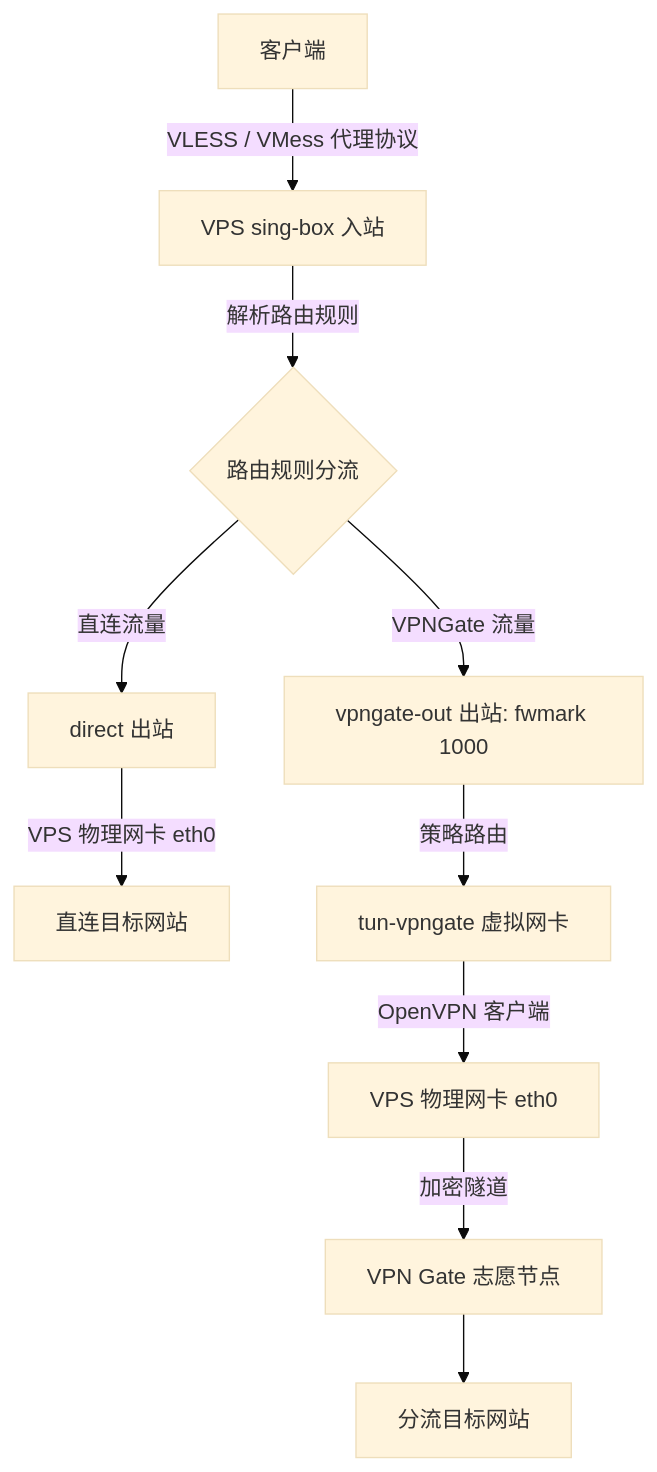
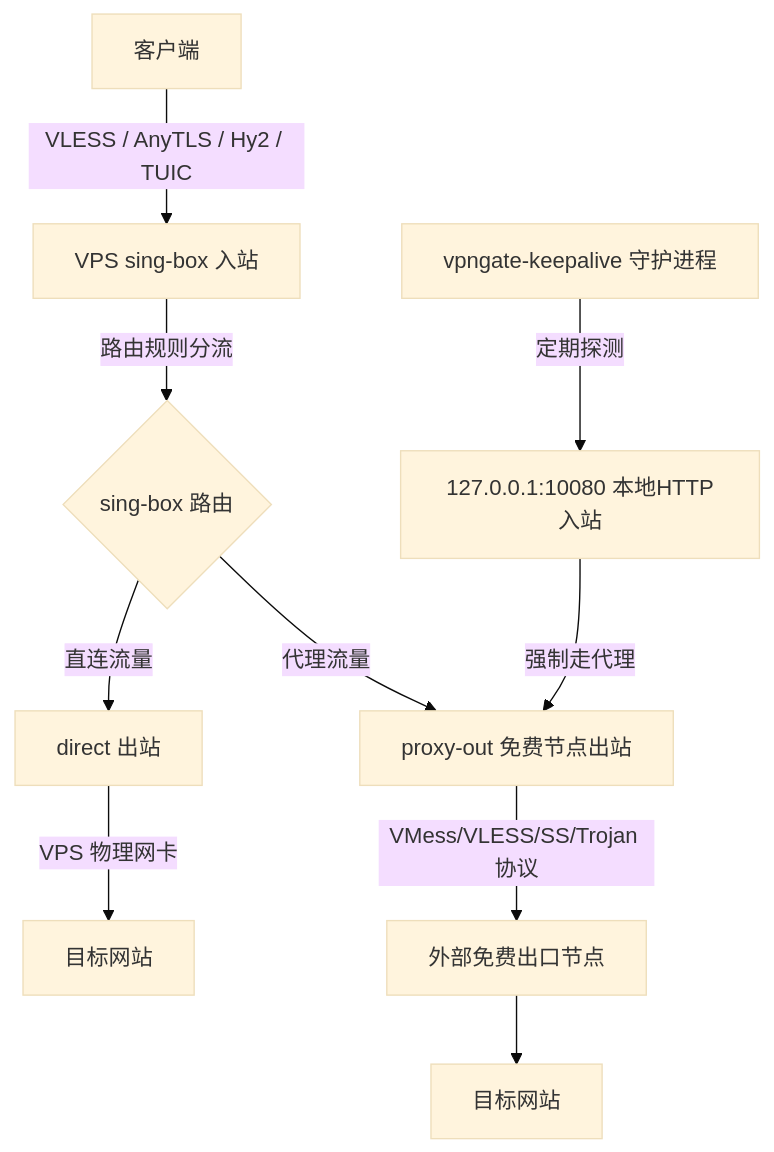
The diagram in README.md (hxzlplp7/sb-vpngate), drawn with Mermaid (base theme) before and after one commit. The commit also changed other lines of this file, not shown here.

````diff
--- a/README.md
+++ b/README.md
@@ -9,10 +11,11 @@
 ```mermaid
 graph TD
-    Client[客户端] -->|VLESS / VMess 代理协议| VPS_In[VPS sing-box 入站]
-    VPS_In -->|解析路由规则| Route{路由规则分流}
-    Route -->|直连流量| Direct[direct 出站] -->|VPS 物理网卡 eth0| Net_Direct[直连目标网站]
-    Route -->|VPNGate 流量| VPNGate_Out[vpngate-out 出站: fwmark 1000]
-    VPNGate_Out -->|策略路由| tun_vg[tun-vpngate 虚拟网卡]
-    tun_vg -->|OpenVPN 客户端| eth0_vpn[VPS 物理网卡 eth0] -->|加密隧道| VG_Server[VPN Gate 志愿节点]
-    VG_Server --> Net_VPN[分流目标网站]
+    Client[客户端] -->|VLESS / AnyTLS / Hy2 / TUIC| VPS_In[VPS sing-box 入站]
+    VPS_In -->|路由规则分流| Route{sing-box 路由}
+    Route -->|直连流量| Direct[direct 出站] -->|VPS 物理网卡| Net_Direct[目标网站]
+    Route -->|代理流量| Proxy_Out[proxy-out 免费节点出站]
+    Proxy_Out -->|VMess/VLESS/SS/Trojan 协议| Remote_Node[外部免费出口节点] --> Net_Proxy[目标网站]
+
+    Monitor[vpngate-keepalive 守护进程] -->|定期探测| Local_In[127.0.0.1:10080 本地HTTP入站]
+    Local_In -->|强制走代理| Proxy_Out
 ```
````
